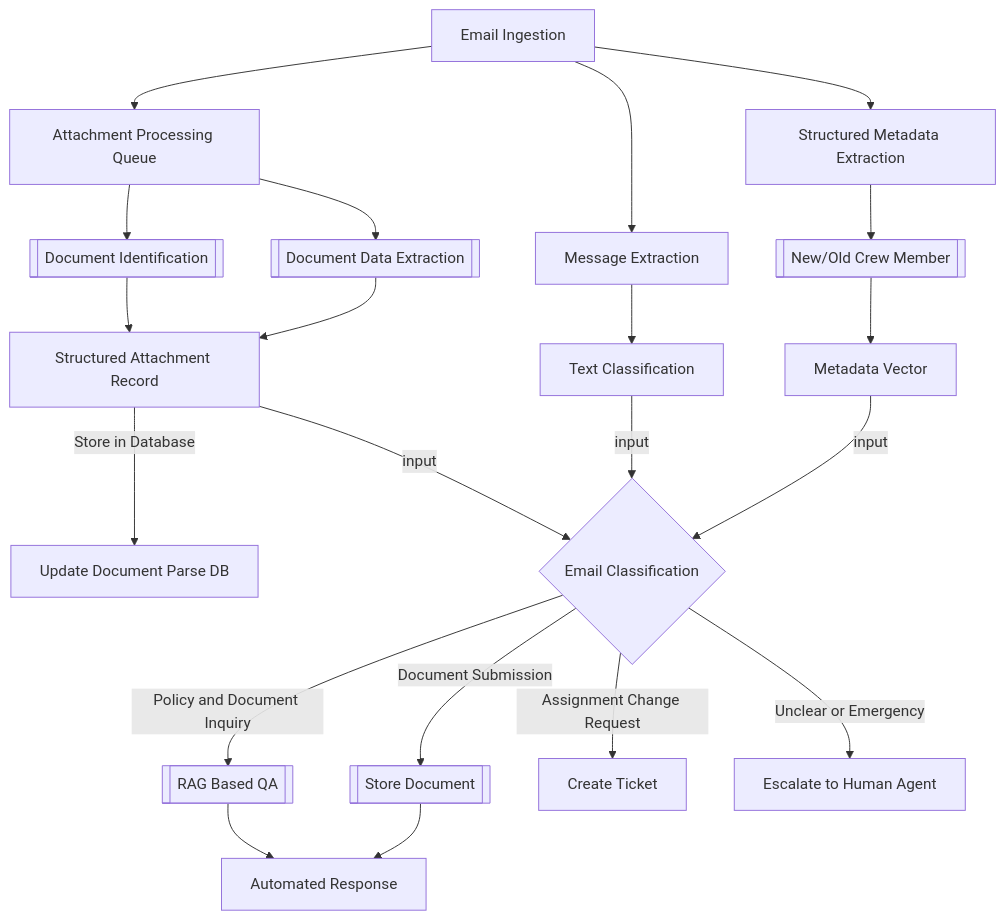
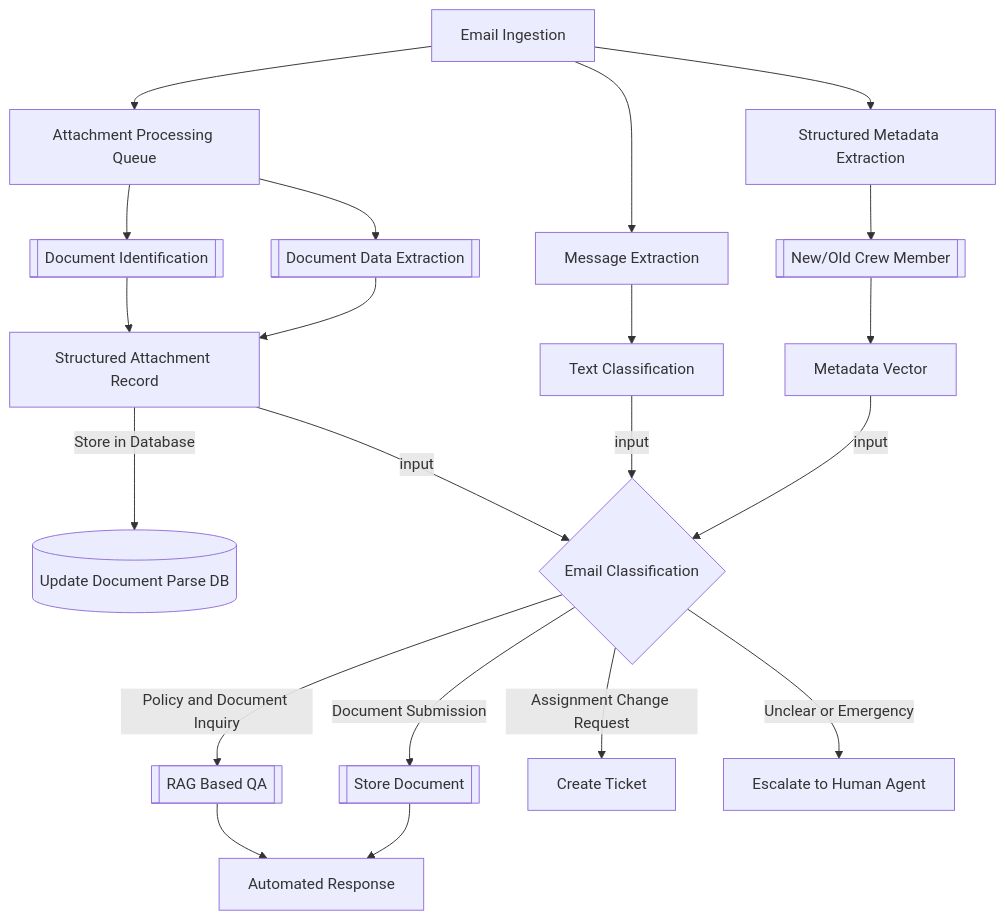
The diagram in email_ingestion.md (risan-raja/bedrock), drawn with Mermaid before and after one commit. The commit also changed other lines of this file, not shown here.

Commit message:
Fix typo in email ingestion documentation and update flowchart notation

````diff
--- a/email_ingestion.md
+++ b/email_ingestion.md
@@ -43,24 +43,24 @@
 ```mermaid
 flowchart TD
     A[Email Ingestion] --> B[Structured Metadata Extraction]
     A --> C[Attachment Processing Queue]
     A --> M[Message Extraction]
     B --> L[[New/Old Crew Member]]
     L --> N[Metadata Vector]
     C --> D[[Document Identification]]
     C --> Q[[Document Data Extraction]]
     D --> R[Structured Attachment Record]
     Q --> R[Structured Attachment Record]
-    R --> |Store in Database|AB[Update Document Parse DB]
+    R --> |Store in Database|AB[(Update Document Parse DB)]
     M --> E[Text Classification]
     R --> |input| F{Email Classification}
     E --> |input| F{Email Classification}
     N --> |input| F{Email Classification}
     F -->|Policy and Document Inquiry| H[[RAG Based QA]]
     F -->|Document Submission| J[[Store Document]]
     F -->|Assignment Change Request| I[Create Ticket]
     F -->|Unclear or Emergency| K[Escalate to Human Agent]
     H --> P[Automated Response]
     J --> P
 
 ```
````
